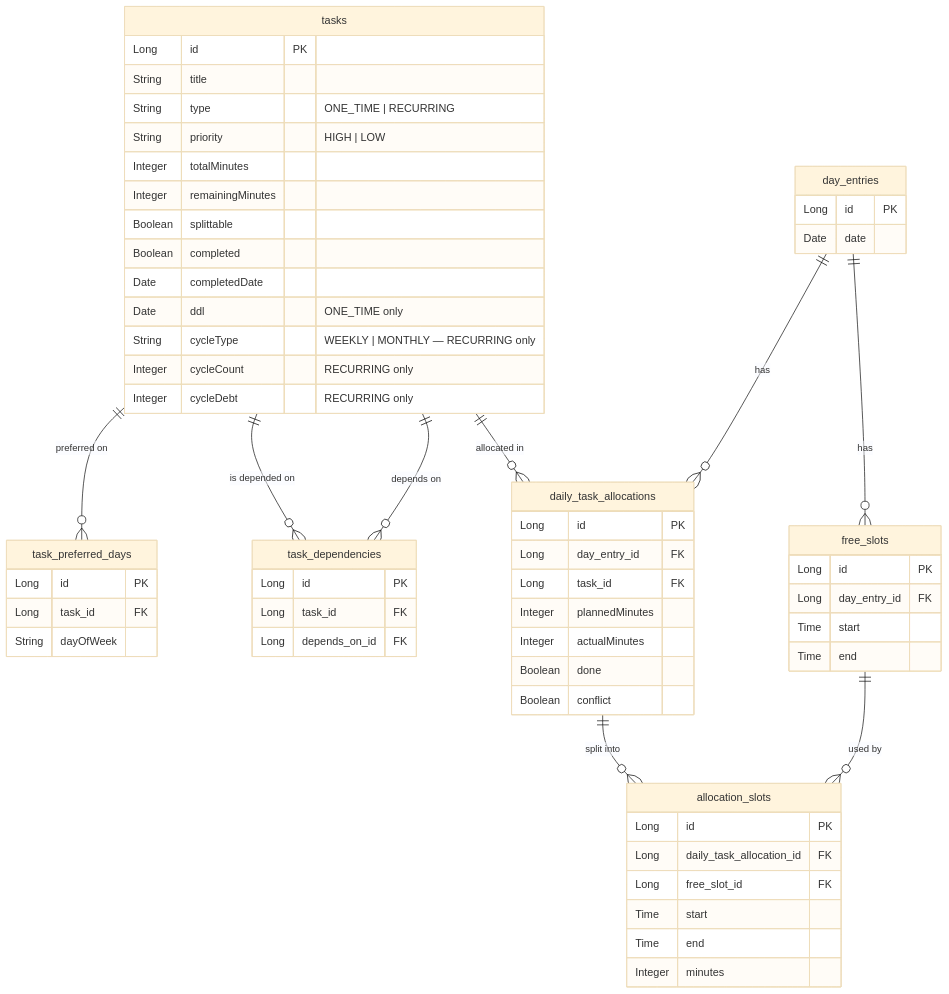
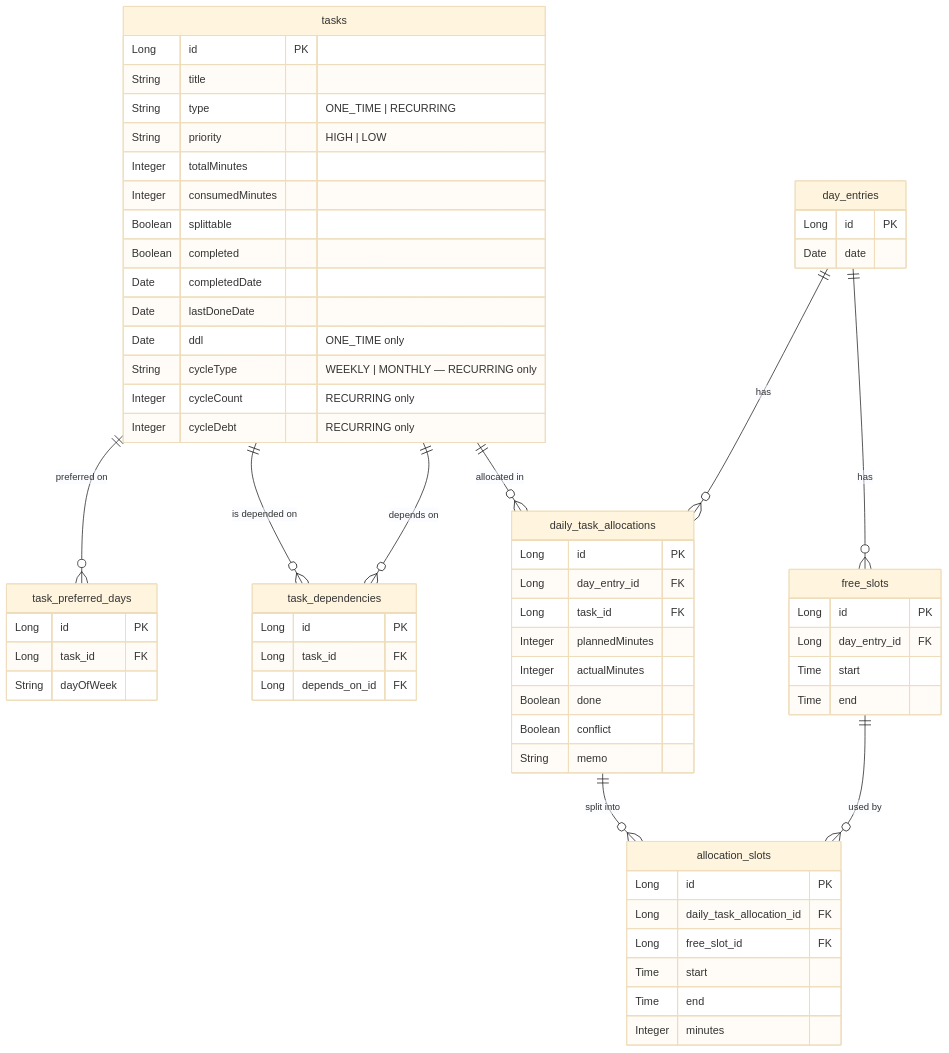
Before and after one commit to ivy-alive/slotwise-backend: the diagram in README.md, drawn with Mermaid (base theme). The commit also changed other lines of this file and 10 other files, not shown here.

````diff
--- a/README.md
+++ b/README.md
@@ -114,70 +115,72 @@
 ```mermaid
 erDiagram
     tasks {
         Long id PK
         String title
         String type "ONE_TIME | RECURRING"
         String priority "HIGH | LOW"
         Integer totalMinutes
-        Integer remainingMinutes
+        Integer consumedMinutes
         Boolean splittable
         Boolean completed
         Date completedDate
+        Date lastDoneDate
         Date ddl "ONE_TIME only"
         String cycleType "WEEKLY | MONTHLY — RECURRING only"
         Integer cycleCount "RECURRING only"
         Integer cycleDebt "RECURRING only"
     }
 
     task_preferred_days {
         Long id PK
         Long task_id FK
         String dayOfWeek
     }
 
     task_dependencies {
         Long id PK
         Long task_id FK
         Long depends_on_id FK
     }
 
     day_entries {
         Long id PK
         Date date
     }
 
     free_slots {
         Long id PK
         Long day_entry_id FK
         Time start
         Time end
     }
 
     daily_task_allocations {
         Long id PK
         Long day_entry_id FK
         Long task_id FK
         Integer plannedMinutes
         Integer actualMinutes
         Boolean done
         Boolean conflict
+        String memo
     }
 
     allocation_slots {
         Long id PK
         Long daily_task_allocation_id FK
         Long free_slot_id FK
         Time start
         Time end
         Integer minutes
     }
 
     tasks ||--o{ task_preferred_days : "preferred on"
     tasks ||--o{ task_dependencies : "is depended on"
     tasks ||--o{ task_dependencies : "depends on"
     tasks ||--o{ daily_task_allocations : "allocated in"
     day_entries ||--o{ free_slots : "has"
     day_entries ||--o{ daily_task_allocations : "has"
     daily_task_allocations ||--o{ allocation_slots : "split into"
     free_slots ||--o{ allocation_slots : "used by"
 ```
````
